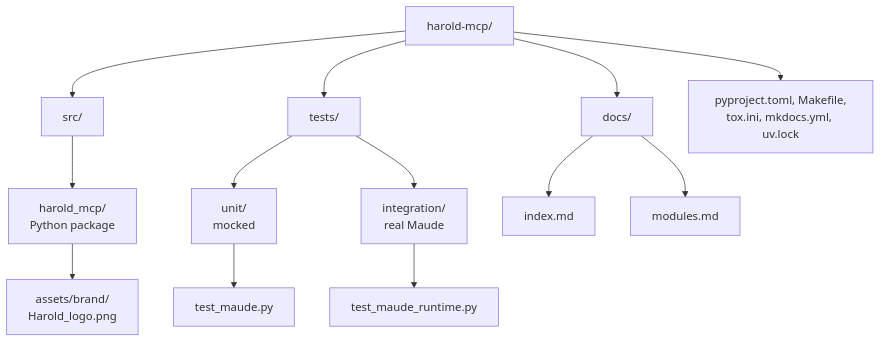
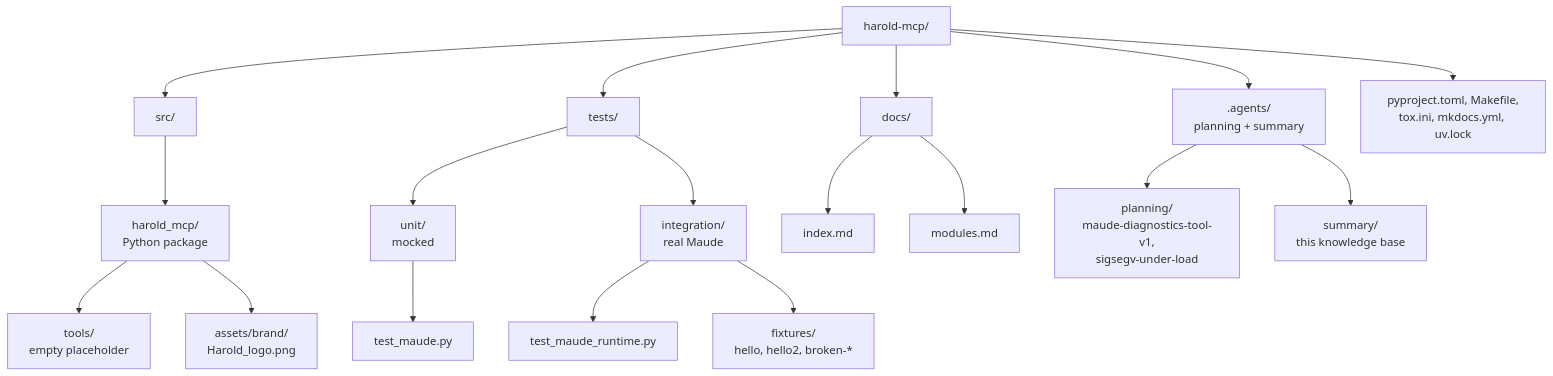
One commit to demiourgoi/Harold changed the second of 2 diagrams in harold-mcp/.agents/summary/architecture.md. Above: the diagram before and after it, drawn with Mermaid. The commit also changed other lines of this file and 8 other files, not shown here.

````diff
--- a/harold-mcp/.agents/summary/architecture.md
+++ b/harold-mcp/.agents/summary/architecture.md
@@ -34,13 +39,18 @@
 ```mermaid
 graph TB
     root[harold-mcp/] --> src
     root --> tests
     root --> docs
+    root --> agents[.agents/<br>planning + summary]
     src[src/] --> pkg[harold_mcp/<br>Python package]
+    pkg --> tools[tools/<br>empty placeholder]
     pkg --> assets[assets/brand/<br>Harold_logo.png]
     tests[tests/] --> unit[unit/<br>mocked] --> test_maude[test_maude.py]
     tests[tests/] --> integration[integration/<br>real Maude] --> test_runtime[test_maude_runtime.py]
+    integration --> fixtures[fixtures/<br>hello, hello2, broken-*]
     docs[docs/] --> index[index.md]
     docs --> modules[modules.md]
+    agents --> planning[planning/<br>maude-diagnostics-tool-v1,<br>sigsegv-under-load]
+    agents --> summary[summary/<br>this knowledge base]
     root --> cfg[pyproject.toml, Makefile,<br>tox.ini, mkdocs.yml, uv.lock]
 ```
````
